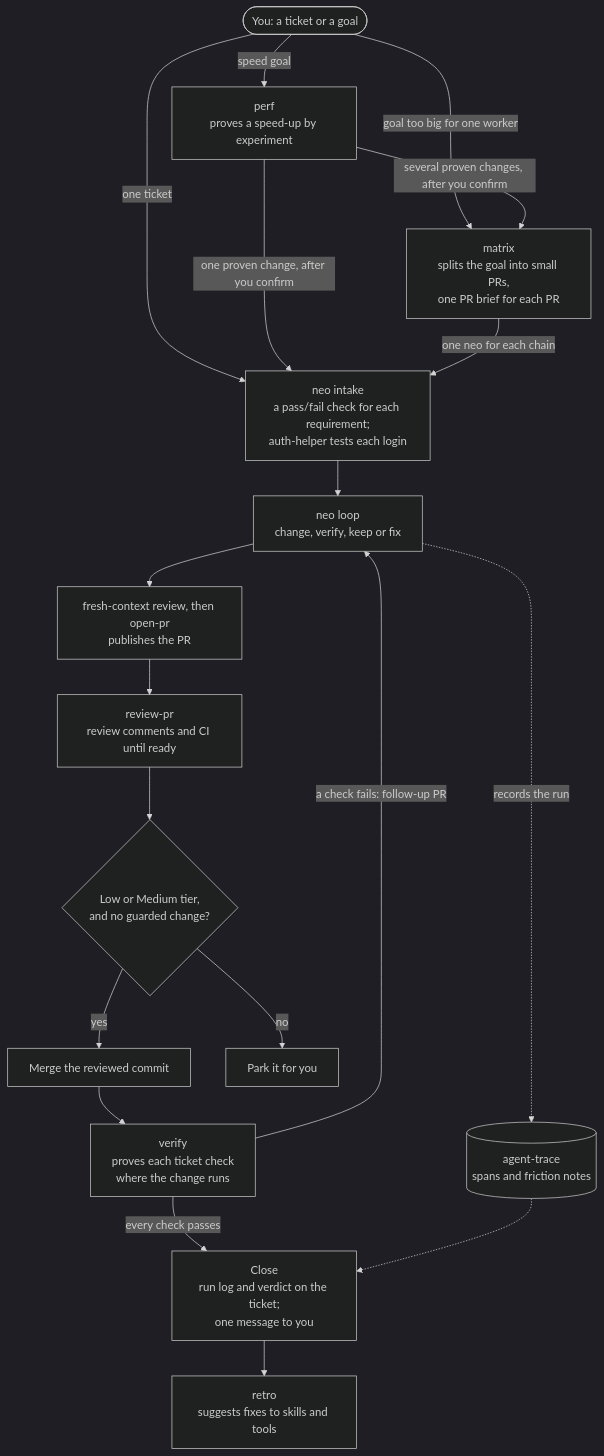
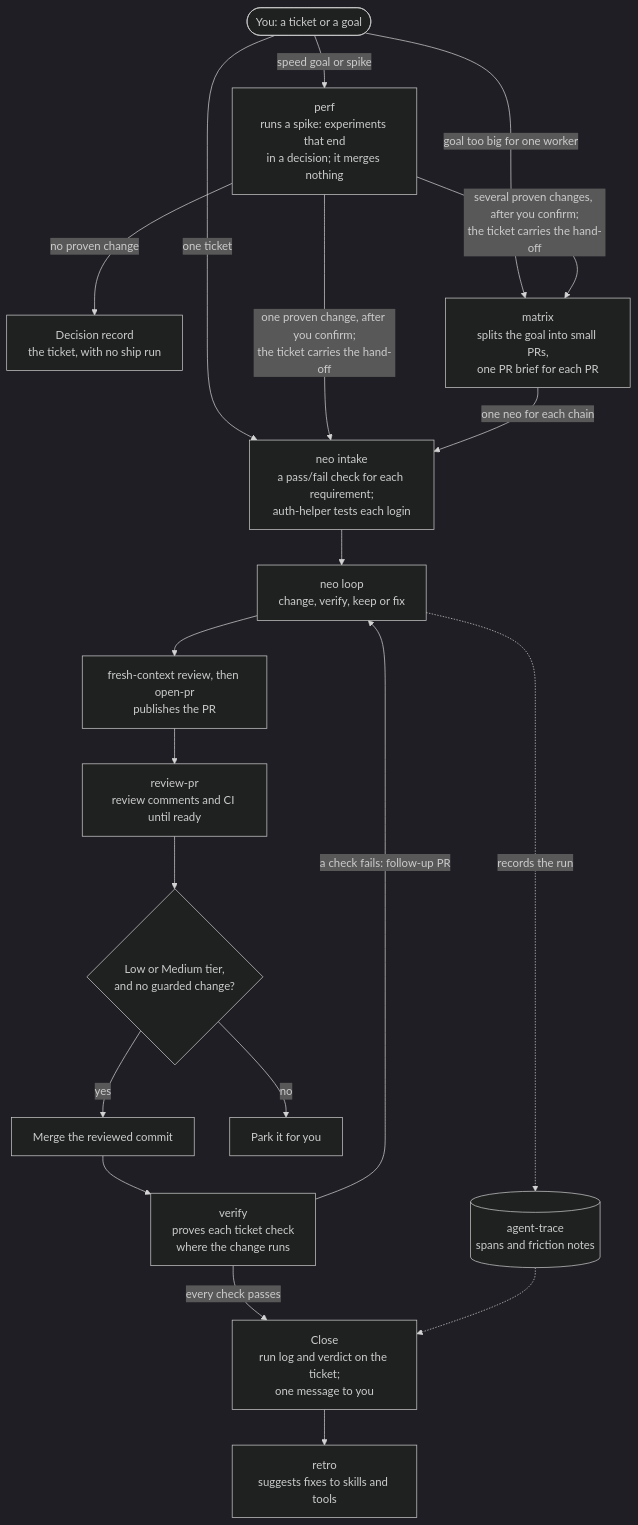
One commit to sucramual/mp changed the diagram in skills/neo-suite.md. Above: the diagram before and after it, drawn with Mermaid (dark theme). The commit also changed other lines of this file, not shown here.

Commit message:
docs(skills): show /perf as the spike skill in the neo suite diagram

````diff
--- a/skills/neo-suite.md
+++ b/skills/neo-suite.md
@@ -6,32 +6,34 @@
 ```mermaid
 flowchart TD
     you([You: a ticket or a goal])
-    perf["perf<br/>proves a speed-up by experiment"]
+    perf["perf<br/>runs a spike: experiments that end<br/>in a decision; it merges nothing"]
+    decision["Decision record<br/>the ticket, with no ship run"]
     matrix["matrix<br/>splits the goal into small PRs,<br/>one PR brief for each PR"]
     intake["neo intake<br/>a pass/fail check for each requirement;<br/>auth-helper tests each login"]
     loop["neo loop<br/>change, verify, keep or fix"]
     openpr["fresh-context review, then open-pr<br/>publishes the PR"]
     reviewpr["review-pr<br/>review comments and CI until ready"]
     tier{"Low or Medium tier,<br/>and no guarded change?"}
     merge["Merge the reviewed commit"]
     park["Park it for you"]
     verify["verify<br/>proves each ticket check<br/>where the change runs"]
     trace[("agent-trace<br/>spans and friction notes")]
     close["Close<br/>run log and verdict on the ticket;<br/>one message to you"]
     retro["retro<br/>suggests fixes to skills and tools"]
 
     you -->|one ticket| intake
     you -->|goal too big for one worker| matrix
-    you -->|speed goal| perf
-    perf -->|one proven change, after you confirm| intake
-    perf -->|several proven changes, after you confirm| matrix
+    you -->|speed goal or spike| perf
+    perf -->|one proven change, after you confirm;<br/>the ticket carries the hand-off| intake
+    perf -->|several proven changes, after you confirm;<br/>the ticket carries the hand-off| matrix
+    perf -->|no proven change| decision
     matrix -->|one neo for each chain| intake
     intake --> loop --> openpr --> reviewpr --> tier
     tier -->|yes| merge --> verify
     tier -->|no| park
     verify -->|a check fails: follow-up PR| loop
     verify -->|every check passes| close
     loop -.->|records the run| trace
     trace -.-> close
     close --> retro
 ```
````
